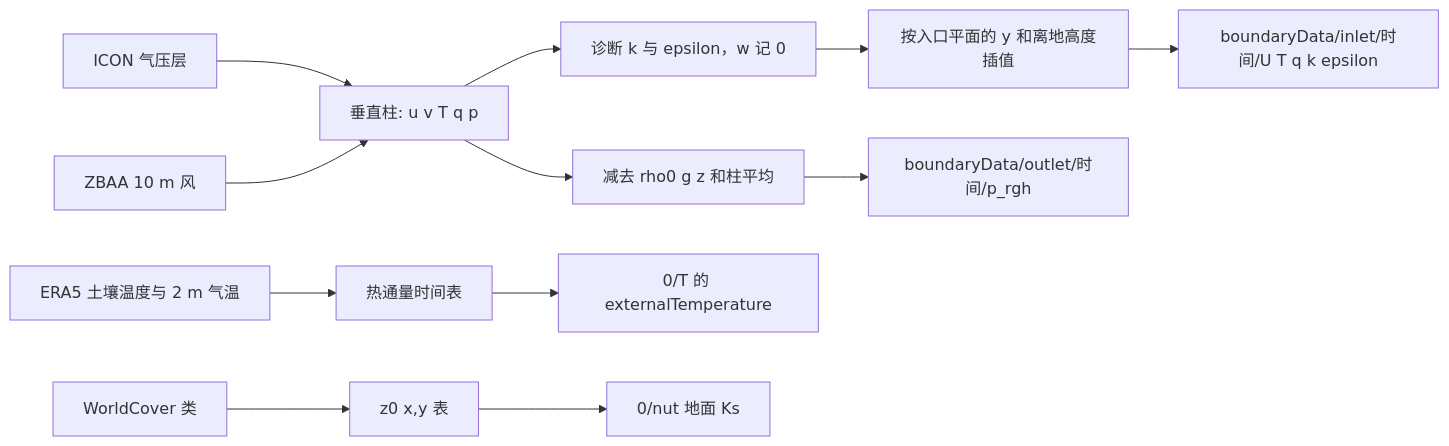
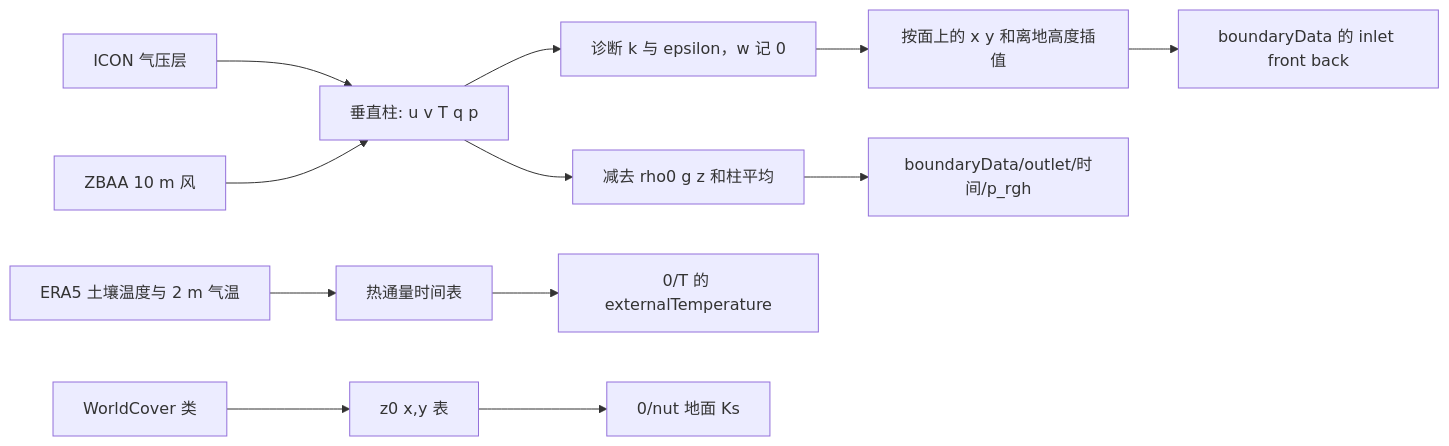
One commit to IncubatorShokuhou/OpenFoam_tutorial changed the fourth of 5 diagrams in tutorial/05_real_terrain.md. Above: the diagram before and after it, drawn with Mermaid. The commit also changed other lines of this file and 472 other files, not shown here.

````diff
--- a/tutorial/05_real_terrain.md
+++ b/tutorial/05_real_terrain.md
@@ -142,14 +142,14 @@
 ```mermaid
 flowchart LR
   icon["ICON 气压层"] --> col["垂直柱: u v T q p"]
   iem["ZBAA 10 m 风"] --> col
   col --> diag["诊断 k 与 epsilon，w 记 0"]
-  diag --> interp["按入口平面的 y 和离地高度插值"]
-  interp --> cloud["boundaryData/inlet/时间/U T q k epsilon"]
+  diag --> interp["按面上的 x y 和离地高度插值"]
+  interp --> cloud["boundaryData 的 inlet front back"]
   col --> hydro["减去 rho0 g z 和柱平均"]
   hydro --> prgh["boundaryData/outlet/时间/p_rgh"]
   era5["ERA5 土壤温度与 2 m 气温"] --> flux["热通量时间表"]
   flux --> tbc["0/T 的 externalTemperature"]
   wc["WorldCover 类"] --> z0["z0 x,y 表"]
   z0 --> nut["0/nut 地面 Ks"]
 ```
````
